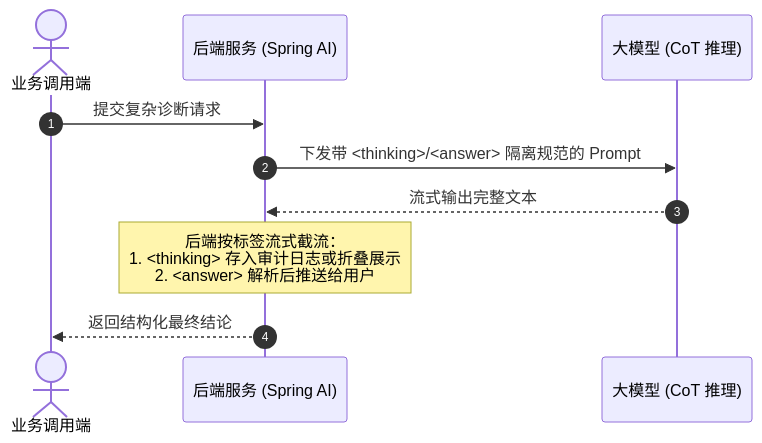
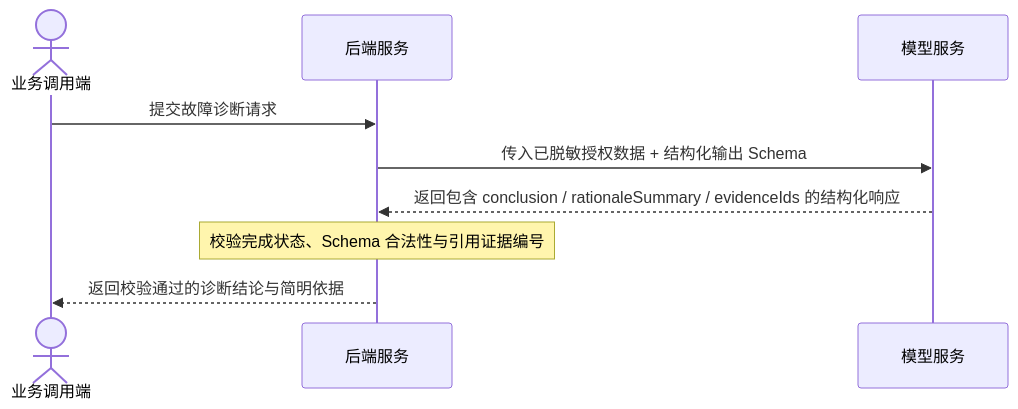
One commit to GuoWWWX/knowledge-base changed the fourth of 4 diagrams in 10-AI应用开发/01-LLM基础与Prompt/10-CoT思维链.md. Above: the diagram before and after it, drawn with Mermaid. The commit also changed other lines of this file and 251 other files, not shown here.

````diff
--- a/10-AI应用开发/01-LLM基础与Prompt/10-CoT思维链.md
+++ b/10-AI应用开发/01-LLM基础与Prompt/10-CoT思维链.md
@@ -171,13 +153,11 @@
 ```mermaid
 sequenceDiagram
-    autonumber
     actor User as 业务调用端
-    participant App as 后端服务 (Spring AI)
-    participant LLM as 大模型 (CoT 推理)
-
-    User->>App: 提交复杂诊断请求
-    App->>LLM: 下发带 <thinking>/<answer> 隔离规范的 Prompt
-    LLM-->>App: 流式输出完整文本
-    Note over App: 后端按标签流式截流：<br/>1. <thinking> 存入审计日志或折叠展示<br/>2. <answer> 解析后推送给用户
-    App-->>User: 返回结构化最终结论
+    participant App as 后端服务
+    participant LLM as 模型服务
+    User->>App: 提交故障诊断请求
+    App->>LLM: 传入已脱敏授权数据 + 结构化输出 Schema
+    LLM-->>App: 返回包含 conclusion / rationaleSummary / evidenceIds 的结构化响应
+    Note over App: 校验完成状态、Schema 合法性与引用证据编号
+    App-->>User: 返回校验通过的诊断结论与简明依据
 ```
````
